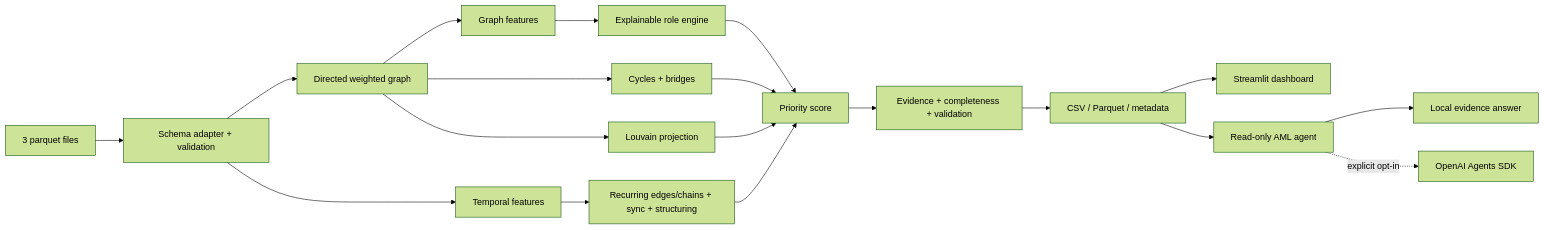
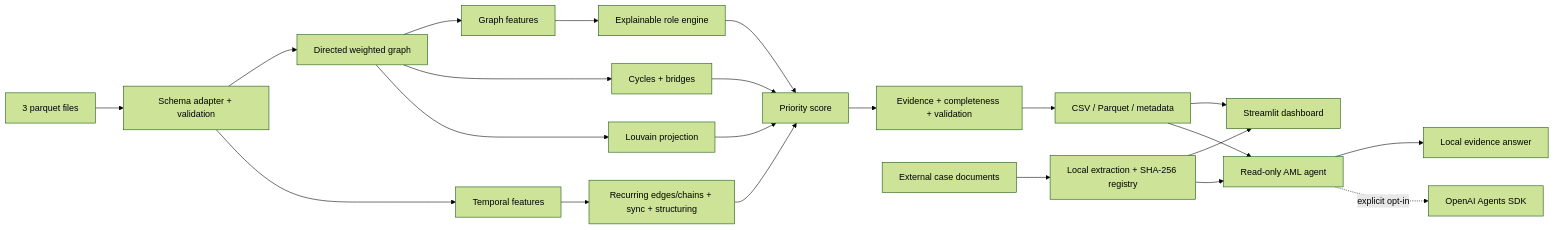
One commit to BAITC-Hacks/hack-31599fbc-brokyspace changed the diagram in docs/ARCHITECTURE.md. Above: the diagram before and after it, drawn with Mermaid (forest theme). The commit also changed other lines of this file and 9 other files, not shown here.

Commit message:
Add local case document ingestion and search

````diff
--- a/docs/ARCHITECTURE.md
+++ b/docs/ARCHITECTURE.md
@@ -3,21 +3,24 @@
 ```mermaid
 flowchart LR
     A[3 parquet files] --> B[Schema adapter + validation]
     B --> C[Directed weighted graph]
     C --> D[Graph features]
     B --> E[Temporal features]
     C --> F[Cycles + bridges]
     E --> G[Recurring edges/chains + sync + structuring]
     D --> H[Explainable role engine]
     C --> I[Louvain projection]
     F --> J[Priority score]
     G --> J
     H --> J
     I --> J
     J --> K[Evidence + completeness + validation]
     K --> L[CSV / Parquet / metadata]
     L --> M[Streamlit dashboard]
     L --> N[Read-only AML agent]
+    Q[External case documents] --> R[Local extraction + SHA-256 registry]
+    R --> M
+    R --> N
     N --> O[Local evidence answer]
     N -. explicit opt-in .-> P[OpenAI Agents SDK]
 ```
````
